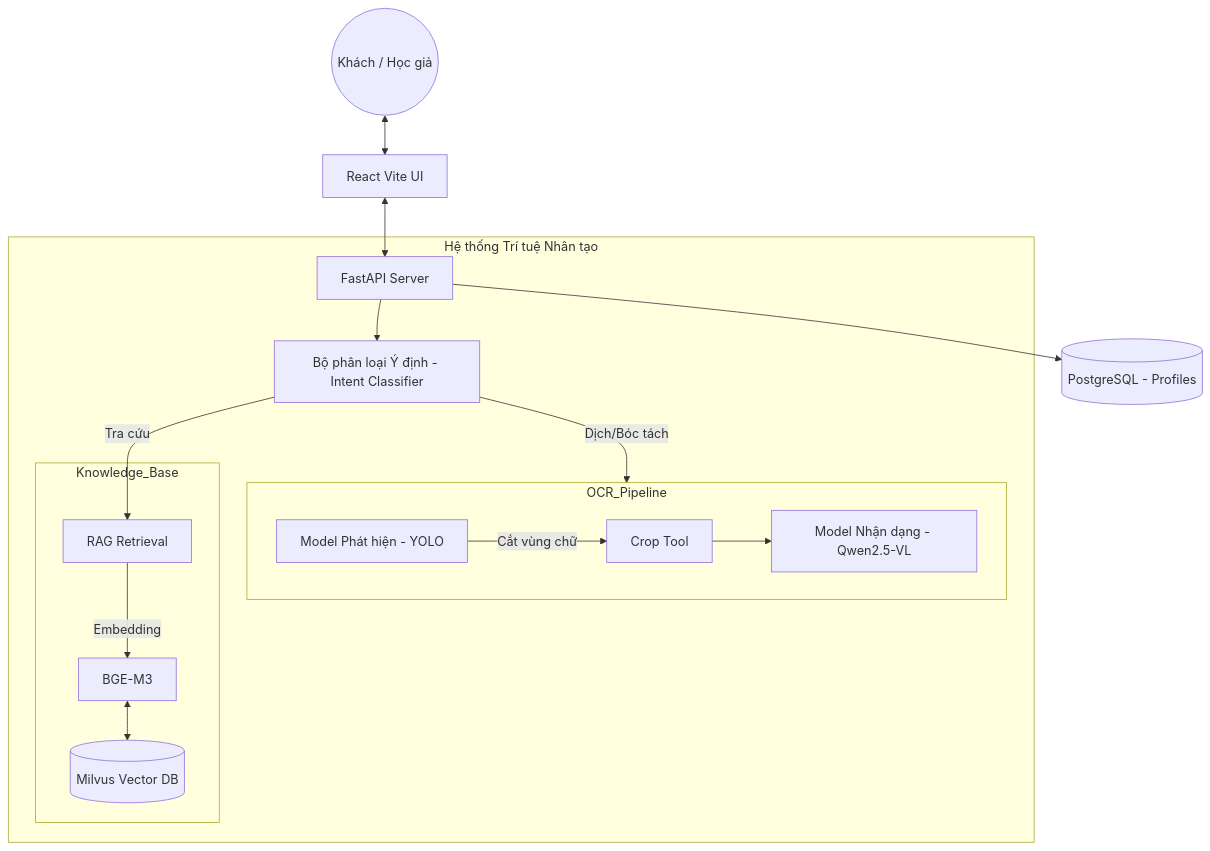
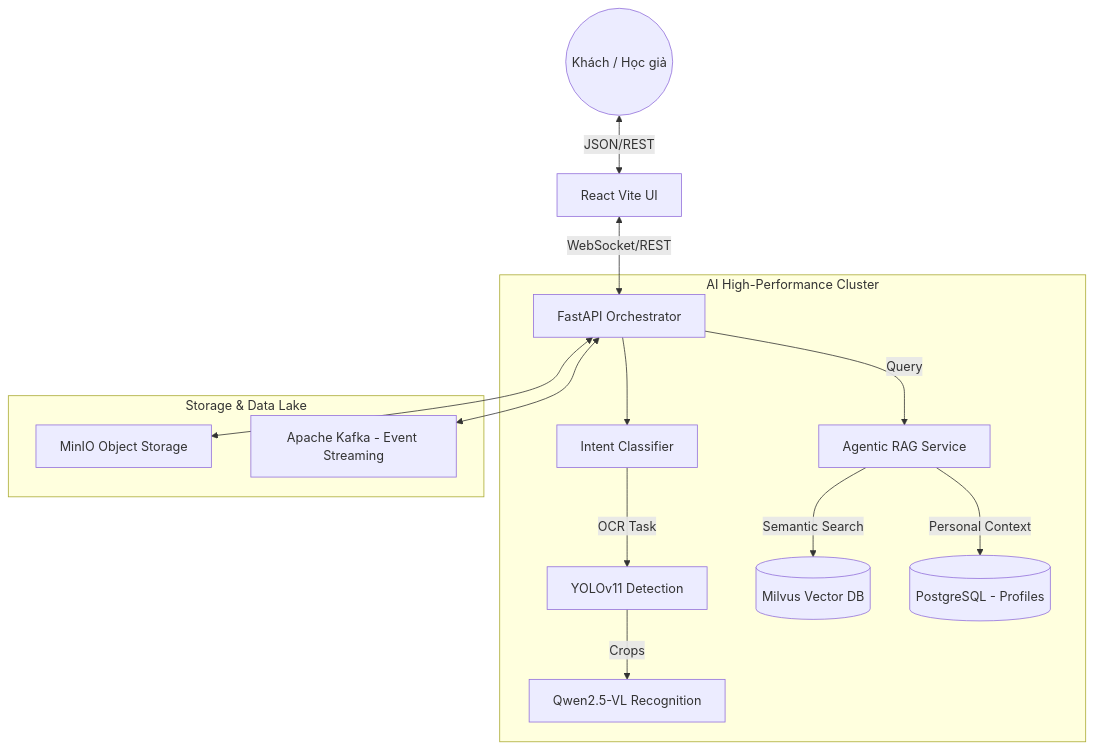
The diagram in README.md (congkx123789/Han_Nom_Model), drawn with Mermaid before and after one commit. The commit also changed other lines of this file, not shown here.

````diff
--- a/README.md
+++ b/README.md
@@ -15,23 +15,20 @@
 ```mermaid
 graph TD
-    User((Khách / Học giả)) <--> Frontend[React Vite UI]
-    Frontend <--> Backend[FastAPI Server]
+    User((Khách / Học giả)) <-- JSON/REST --> Frontend[React Vite UI]
+    Frontend <-- WebSocket/REST --> Backend[FastAPI Orchestrator]
     
-    subgraph AI_Engine [Hệ thống Trí tuệ Nhân tạo]
-        Backend --> Intent[Bộ phân loại Ý định - Intent Classifier]
-        Intent -->|Dịch/Bóc tách| OCR_Pipeline[OCR Pipeline]
-        Intent -->|Tra cứu| RAG[RAG Retrieval]
+    subgraph AI_Cluster [AI High-Performance Cluster]
+        Backend --> Intent[Intent Classifier]
+        Intent -->|OCR Task| YOLO[YOLOv11 Detection]
+        YOLO -->|Crops| Qwen[Qwen2.5-VL Recognition]
         
-        subgraph OCR_Pipeline
-            YOLO[Model Phát hiện - YOLO] -->|Cắt vùng chữ| Crop[Crop Tool]
-            Crop --> Qwen[Model Nhận dạng - Qwen2.5-VL]
-        end
-        
-        subgraph Knowledge_Base
-            RAG -->|Embedding| BGE[BGE-M3]
-            BGE <--> Milvus[(Milvus Vector DB)]
-        end
+        Backend -->|Query| RAG[Agentic RAG Service]
+        RAG -->|Semantic Search| Milvus[(Milvus Vector DB)]
+        RAG -->|Personal Context| Postgres[(PostgreSQL - Profiles)]
     end
     
-    Backend --> DB[(PostgreSQL - Profiles)]
+    subgraph Storage_Layer [Storage & Data Lake]
+        Backend <--> MinIO[MinIO Object Storage]
+        Backend <--> Kafka[Apache Kafka - Event Streaming]
+    end
 ```
````
